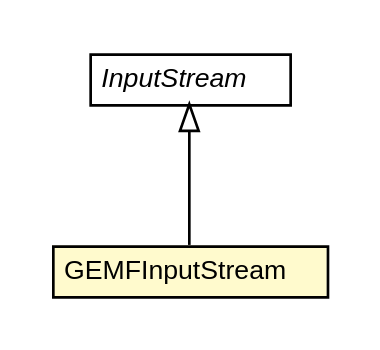
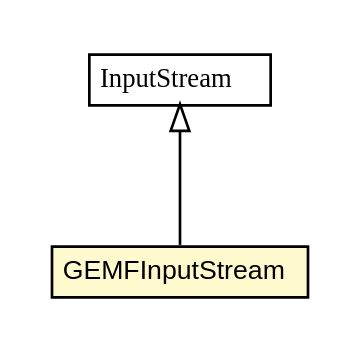
One commit to osmdroid/osmdroid changed the diagram in javadocs/OSMMapTilePackager/org/osmdroid/util/GEMFFile.GEMFInputStream.dot. Above: the diagram before and after it, drawn with Graphviz. The commit also changed 3996 other files, not shown here.

```diff
--- a/javadocs/OSMMapTilePackager/org/osmdroid/util/GEMFFile.GEMFInputStream.dot
+++ b/javadocs/OSMMapTilePackager/org/osmdroid/util/GEMFFile.GEMFInputStream.dot
@@ -1,26 +1,26 @@
 #!/usr/local/bin/dot
 #
 # Class diagram 
 # Generated by UMLGraph version R5_6-24-gf6e263 (http://www.umlgraph.org/)
 #
 
 digraph G {
-	edge [fontname="Helvetica",fontsize=10,labelfontname="Helvetica",labelfontsize=10];
-	node [fontname="Helvetica",fontsize=10,shape=plaintext];
+	edge [fontname="arial",fontsize=10,labelfontname="arial",labelfontsize=10];
+	node [fontname="arial",fontsize=10,shape=plaintext];
 	nodesep=0.25;
 	ranksep=0.5;
 	// org.osmdroid.util.GEMFFile.GEMFInputStream
 	c231 [label=<<table title="org.osmdroid.util.GEMFFile.GEMFInputStream" border="0" cellborder="1" cellspacing="0" cellpadding="2" port="p" bgcolor="lemonChiffon" href="./GEMFFile.GEMFInputStream.html">
 		<tr><td><table border="0" cellspacing="0" cellpadding="1">
 <tr><td align="center" balign="center"> GEMFInputStream </td></tr>
 		</table></td></tr>
-		</table>>, URL="./GEMFFile.GEMFInputStream.html", fontname="Helvetica", fontcolor="black", fontsize=10.0];
+		</table>>, URL="./GEMFFile.GEMFInputStream.html", fontname="arial", fontcolor="black", fontsize=10.0];
 	//org.osmdroid.util.GEMFFile.GEMFInputStream extends java.io.InputStream
 	c233:p -> c231:p [dir=back,arrowtail=empty];
 	// java.io.InputStream
 	c233 [label=<<table title="java.io.InputStream" border="0" cellborder="1" cellspacing="0" cellpadding="2" port="p" href="http://java.sun.com/j2se/1.4.2/docs/api/java/io/InputStream.html">
 		<tr><td><table border="0" cellspacing="0" cellpadding="1">
-<tr><td align="center" balign="center"><font face="Helvetica-Oblique"> InputStream </font></td></tr>
+<tr><td align="center" balign="center"><font face="arial italic"> InputStream </font></td></tr>
 		</table></td></tr>
-		</table>>, URL="http://java.sun.com/j2se/1.4.2/docs/api/java/io/InputStream.html", fontname="Helvetica", fontcolor="black", fontsize=10.0];
+		</table>>, URL="http://java.sun.com/j2se/1.4.2/docs/api/java/io/InputStream.html", fontname="arial", fontcolor="black", fontsize=10.0];
 }
```
